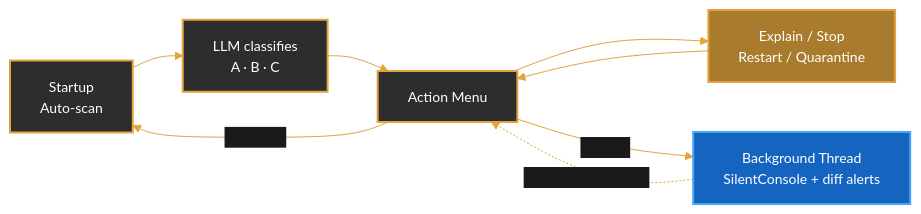
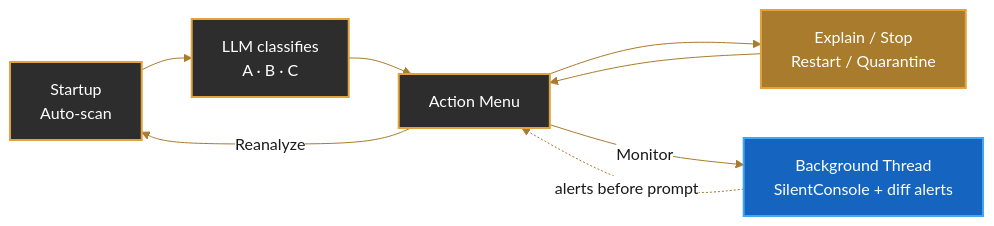
The first of 2 diagrams in docs/cpp/process-agent.mdx (amd/gaia), drawn with Mermaid before and after one commit. The commit also changed other lines of this file and 43 other files, not shown here.

First line of the commit message:
docs: documentation audit pass 1 — accuracy, dark-mode diagrams, persona review

````diff
--- a/docs/cpp/process-agent.mdx
+++ b/docs/cpp/process-agent.mdx
@@ -183,17 +183,17 @@
 ```mermaid
-%%{init: {'theme':'base', 'themeVariables': { 'primaryColor':'#E2A33E', 'fontSize':'14px', 'lineColor':'#E2A33E', 'primaryTextColor':'#1a1a1a', 'edgeLabelBackground':'#1a1a1a'}, 'flowchart': {'curve': 'basis'}}}%%
+%%{init: {'theme':'base', 'themeVariables': { 'primaryColor':'#E2A33E', 'primaryTextColor':'#1a1a1a', 'primaryBorderColor':'#A87B2D', 'lineColor':'#A87B2D', 'edgeLabelBackground':'#ffffff', 'fontFamily':'system-ui, -apple-system, sans-serif'}, 'flowchart': {'curve': 'basis'}}}%%
 flowchart LR
-    START["Startup\nAuto-scan"] --> CLASS["LLM classifies\nA · B · C"]
+    START["Startup<br/>Auto-scan"] --> CLASS["LLM classifies<br/>A · B · C"]
     CLASS --> MENU["Action Menu"]
-    MENU --> ACT["Explain / Stop\nRestart / Quarantine"]
+    MENU --> ACT["Explain / Stop<br/>Restart / Quarantine"]
     ACT --> MENU
     MENU -->|"Reanalyze"| START
-    MENU -->|"Monitor"| MON["Background Thread\nSilentConsole + diff alerts"]
+    MENU -->|"Monitor"| MON["Background Thread<br/>SilentConsole + diff alerts"]
     MON -.->|"alerts before prompt"| MENU
 
     style START fill:#2d2d2d,stroke:#E2A33E,stroke-width:2px,color:#fff
     style CLASS fill:#2d2d2d,stroke:#E2A33E,stroke-width:2px,color:#fff
     style MENU fill:#2d2d2d,stroke:#E2A33E,stroke-width:2px,color:#fff
     style ACT fill:#A87B2D,stroke:#E2A33E,stroke-width:2px,color:#fff
     style MON fill:#1565C0,stroke:#42A5F5,stroke-width:2px,color:#fff
 ```
````
